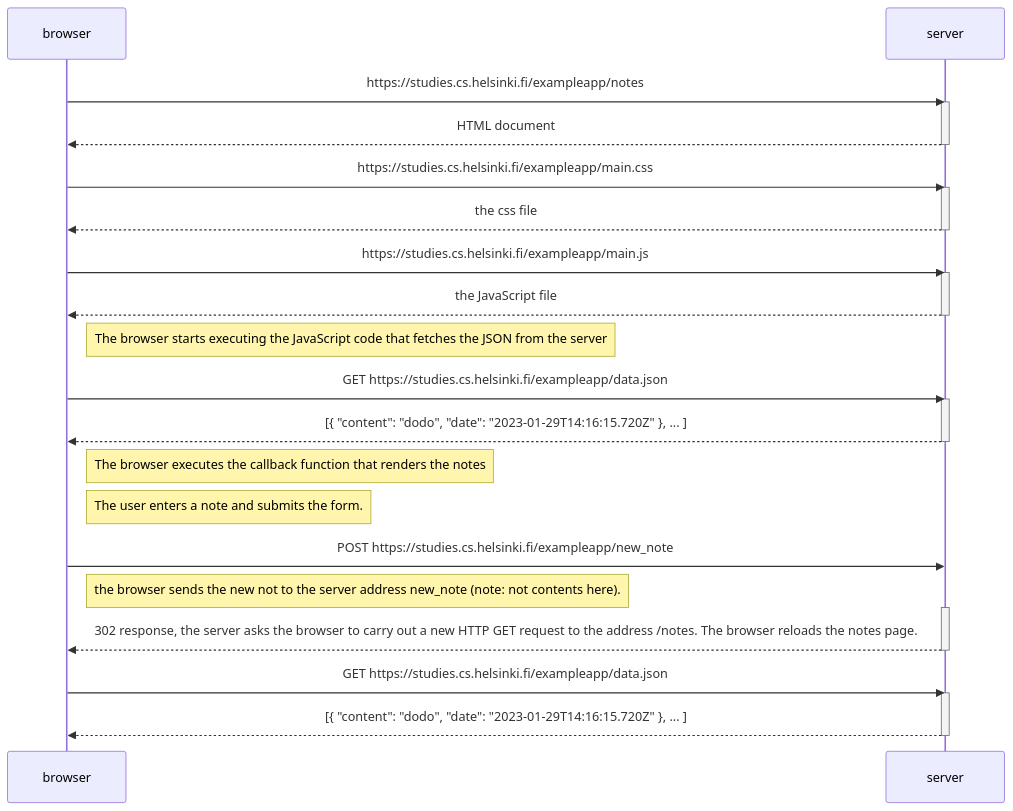
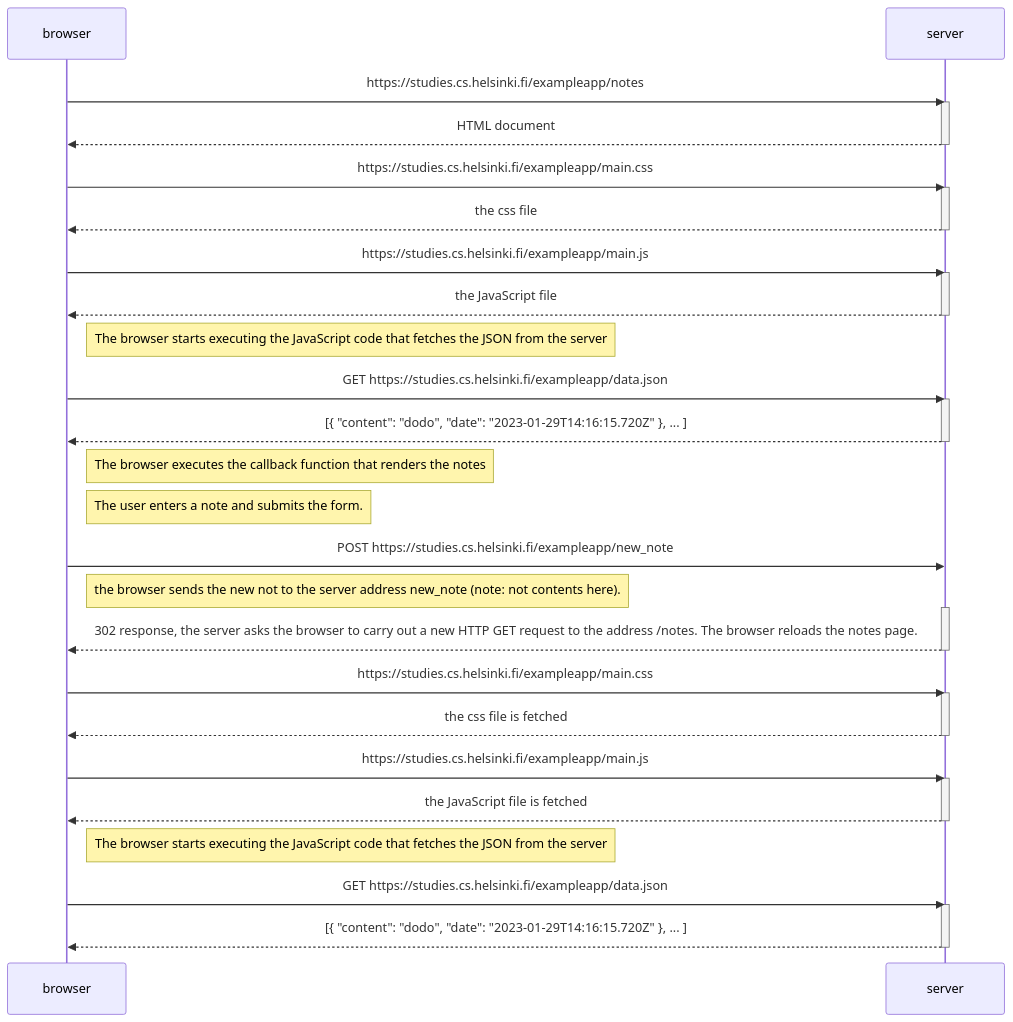
One commit to emmawalshdev/fullstackopen changed the diagram in part0/0.4_new_note_diagram.mmd. Above: the diagram before and after it, drawn with Mermaid.

Commit message:
Amend 01 file

```diff
--- a/part0/0.4_new_note_diagram.mmd
+++ b/part0/0.4_new_note_diagram.mmd
@@ -1,41 +1,53 @@
 sequenceDiagram
     participant browser
     participant server
     
     browser->>server: https://studies.cs.helsinki.fi/exampleapp/notes
     activate server
     server-->>browser: HTML document
     deactivate server
     
     browser->>server: https://studies.cs.helsinki.fi/exampleapp/main.css
     activate server
     server-->>browser: the css file
     deactivate server
     
     browser->>server: https://studies.cs.helsinki.fi/exampleapp/main.js
     activate server
     server-->>browser: the JavaScript file
     deactivate server
     
     Note right of browser: The browser starts executing the JavaScript code that fetches the JSON from the server
     
     browser->>server: GET https://studies.cs.helsinki.fi/exampleapp/data.json
     activate server
     server-->>browser: [{ "content": "dodo", "date": "2023-01-29T14:16:15.720Z" }, ... ]
     deactivate server    
 
     Note right of browser: The browser executes the callback function that renders the notes 
 
     Note right of browser: The user enters a note and submits the form. 
 
     browser->>server: POST https://studies.cs.helsinki.fi/exampleapp/new_note
     Note right of browser: the browser sends the new not to the server address new_note (note: not contents here).
     
     activate server
     server-->>browser: 302 response, the server asks the browser to carry out a new HTTP GET request to the address /notes. The browser reloads the notes page.
     deactivate server
 
+    browser->>server: https://studies.cs.helsinki.fi/exampleapp/main.css
+    activate server
+    server-->>browser: the css file is fetched
+    deactivate server
+    
+    browser->>server: https://studies.cs.helsinki.fi/exampleapp/main.js
+    activate server
+    server-->>browser: the JavaScript file is fetched
+    deactivate server
+    
+    Note right of browser: The browser starts executing the JavaScript code that fetches the JSON from the server
+    
     browser->>server: GET https://studies.cs.helsinki.fi/exampleapp/data.json
     activate server
     server-->>browser: [{ "content": "dodo", "date": "2023-01-29T14:16:15.720Z" }, ... ]
-    deactivate server    
+    deactivate server 
```
